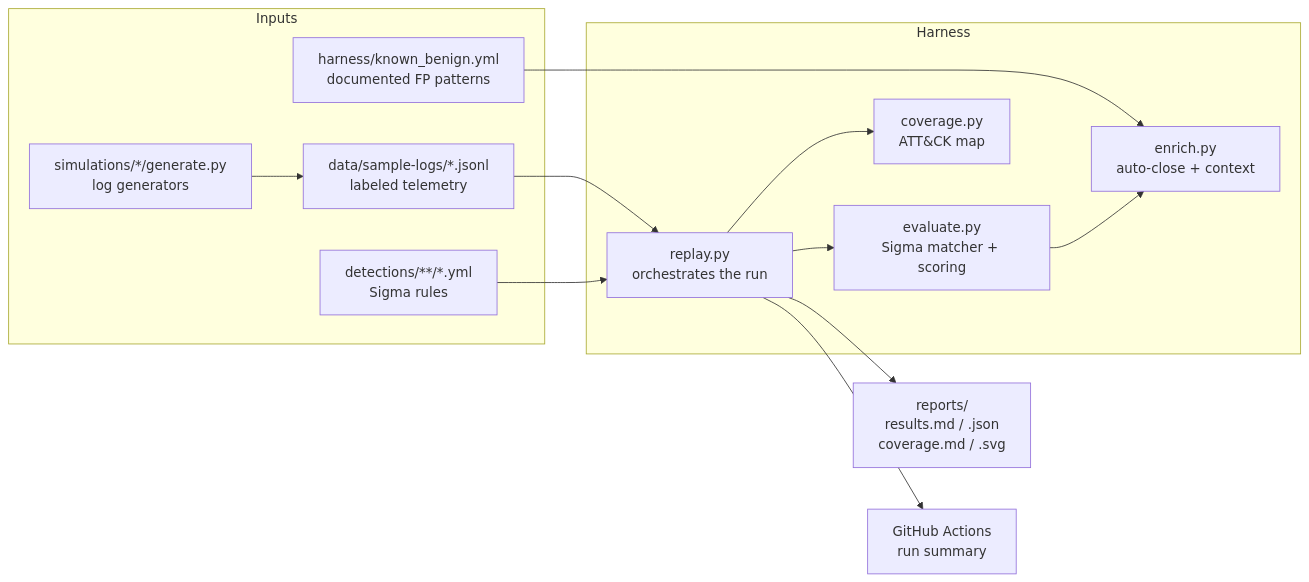
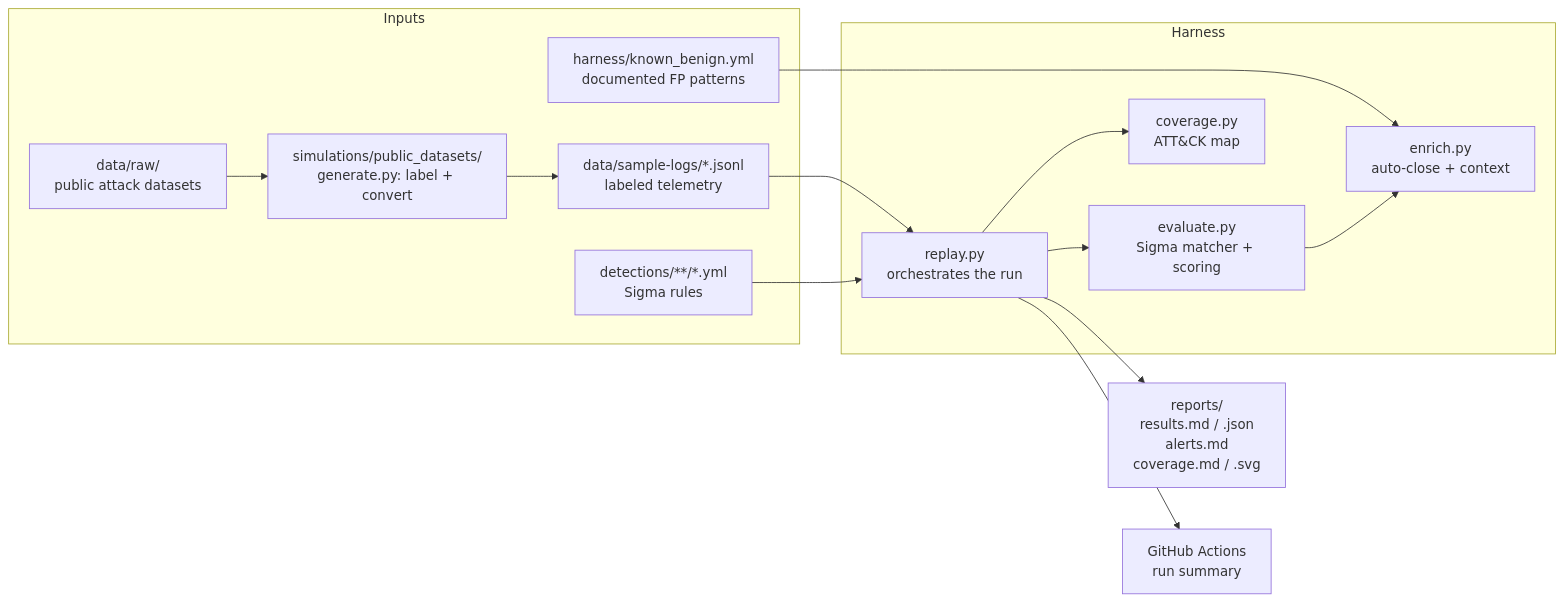
Before and after one commit to abayate/identity-to-data-lab: the diagram in docs/01-architecture.md, drawn with Mermaid. The commit also changed other lines of this file and 3 other files, not shown here.

````diff
--- a/docs/01-architecture.md
+++ b/docs/01-architecture.md
@@ -11,21 +11,21 @@
 ```mermaid
 flowchart LR
     subgraph Inputs
-        SIM["simulations/*/generate.py<br/>log generators"] --> LOGS["data/sample-logs/*.jsonl<br/>labeled telemetry"]
+        RAW["data/raw/<br/>public attack datasets"] --> SIM["simulations/public_datasets/<br/>generate.py: label + convert"] --> LOGS["data/sample-logs/*.jsonl<br/>labeled telemetry"]
         RULES["detections/**/*.yml<br/>Sigma rules"]
         KB["harness/known_benign.yml<br/>documented FP patterns"]
     end
     subgraph Harness
         EVAL["evaluate.py<br/>Sigma matcher + scoring"]
         ENR["enrich.py<br/>auto-close + context"]
         COV["coverage.py<br/>ATT&CK map"]
         REP["replay.py<br/>orchestrates the run"]
     end
     LOGS --> REP
     RULES --> REP
     KB --> ENR
     REP --> EVAL --> ENR
     REP --> COV
-    REP --> OUT["reports/<br/>results.md / .json<br/>coverage.md / .svg"]
+    REP --> OUT["reports/<br/>results.md / .json<br/>alerts.md<br/>coverage.md / .svg"]
     REP --> CI["GitHub Actions<br/>run summary"]
 ```
````
